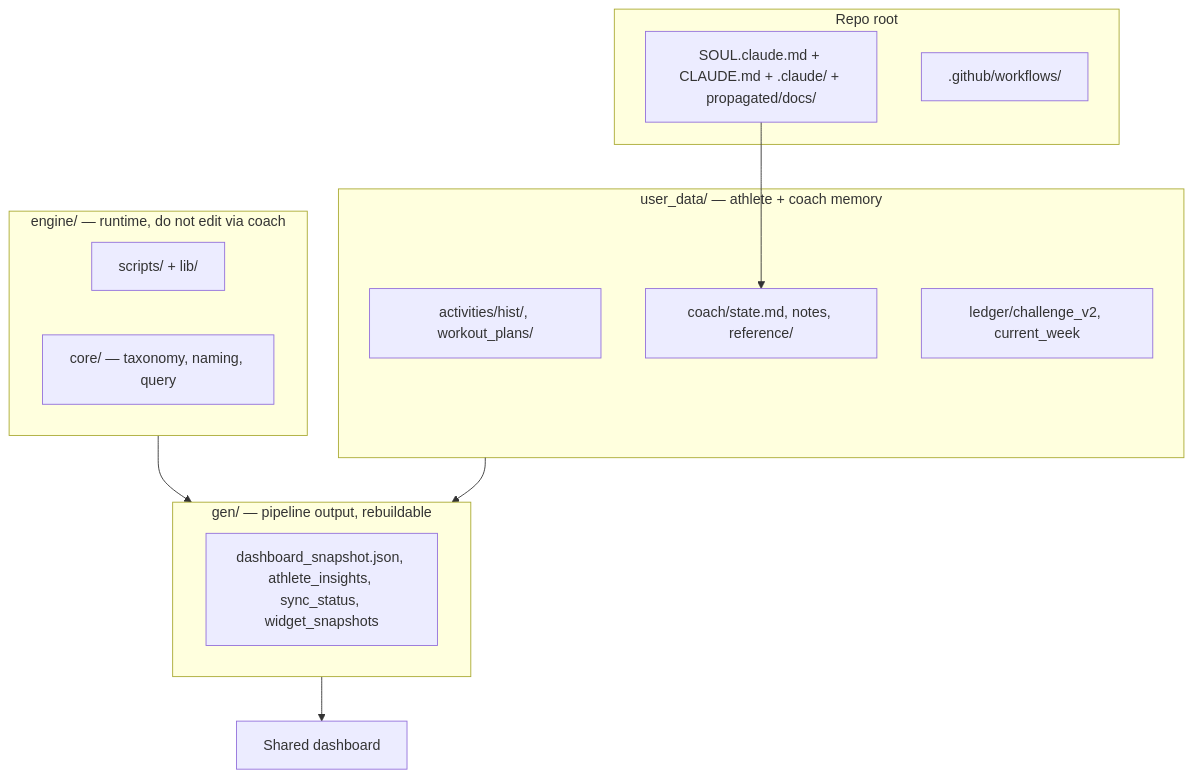
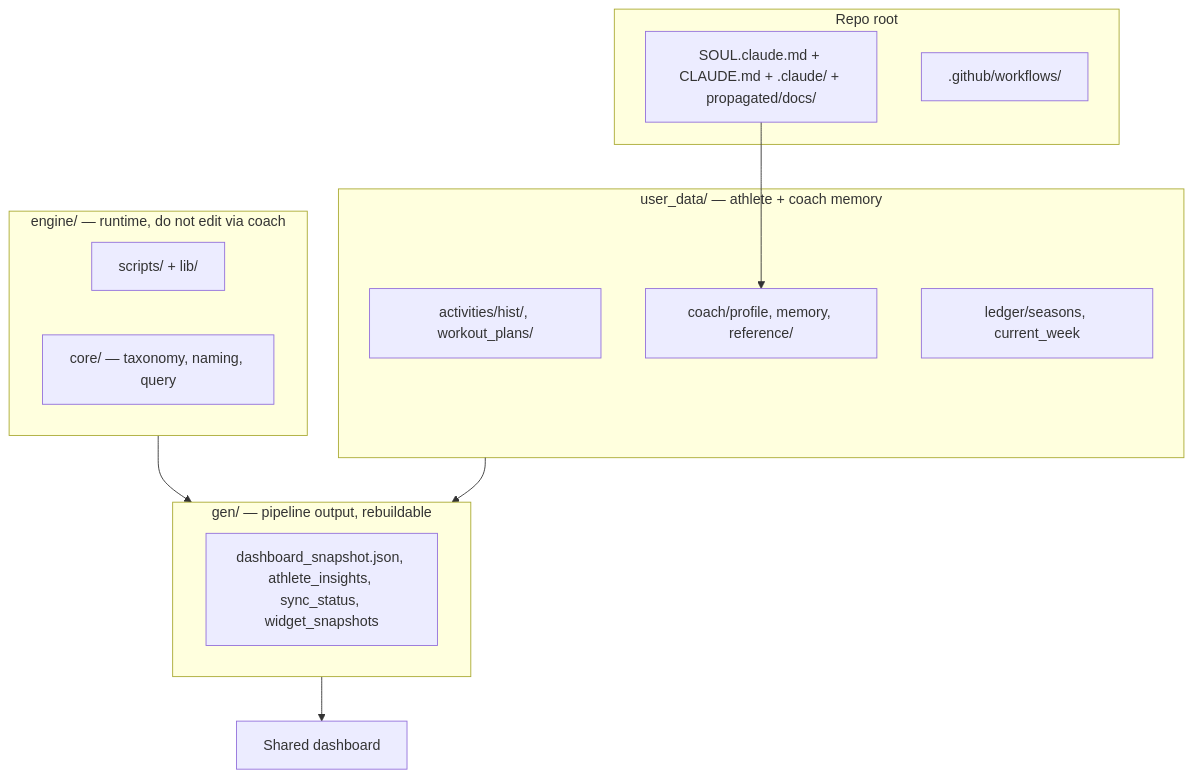
The first of 2 diagrams in docs/eng-docs/skeleton-layout.md (sibling-shipyard/coach-hq), drawn with Mermaid before and after one commit. The commit also changed other lines of this file, not shown here.

````diff
--- a/docs/eng-docs/skeleton-layout.md
+++ b/docs/eng-docs/skeleton-layout.md
@@ -25,23 +25,23 @@
 ```mermaid
 flowchart TB
   subgraph root["Repo root"]
     soul["SOUL.claude.md + CLAUDE.md + .claude/ + propagated/docs/"]
     gh[".github/workflows/"]
   end
   subgraph engine["engine/ — runtime, do not edit via coach"]
     scripts["scripts/ + lib/"]
     core["core/ — taxonomy, naming, query"]
   end
   subgraph gen["gen/ — pipeline output, rebuildable"]
     agg["dashboard_snapshot.json, athlete_insights, sync_status, widget_snapshots"]
   end
   subgraph ud["user_data/ — athlete + coach memory"]
     act["activities/hist/, workout_plans/"]
-    coach["coach/state.md, notes, reference/"]
-    ledger["ledger/challenge_v2, current_week"]
+    coach["coach/profile, memory, reference/"]
+    ledger["ledger/seasons, current_week"]
   end
   soul --> coach
   engine --> gen
   ud --> gen
   gen --> dash["Shared dashboard"]
 ```
````
